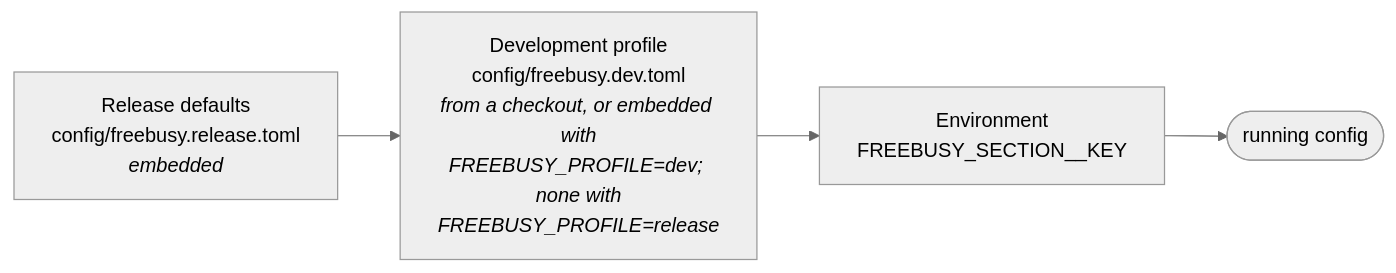
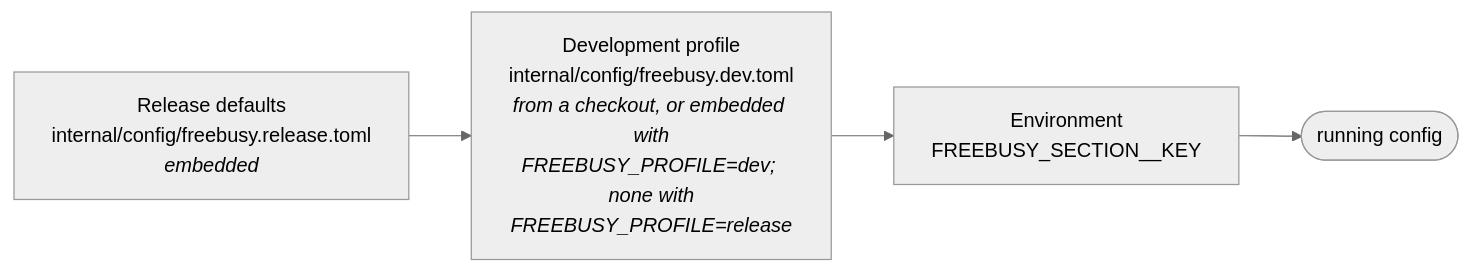
The sixth of 8 diagrams in README.md (shokki-engineering/freebusy), drawn with Mermaid (neutral theme) before and after one commit. The commit also changed other lines of this file and 1982 other files, not shown here.

````diff
--- a/README.md
+++ b/README.md
@@ -346,6 +398,6 @@
 ```mermaid
 flowchart LR
-    A["Release defaults<br/>config/freebusy.release.toml<br/><i>embedded</i>"] --> B["Development profile<br/>config/freebusy.dev.toml<br/><i>from a checkout, or embedded with<br/>FREEBUSY_PROFILE=dev; none with<br/>FREEBUSY_PROFILE=release</i>"]
+    A["Release defaults<br/>internal/config/freebusy.release.toml<br/><i>embedded</i>"] --> B["Development profile<br/>internal/config/freebusy.dev.toml<br/><i>from a checkout, or embedded with<br/>FREEBUSY_PROFILE=dev; none with<br/>FREEBUSY_PROFILE=release</i>"]
     B --> C["Environment<br/>FREEBUSY_SECTION__KEY"]
     C --> D(["running config"])
 ```
````
